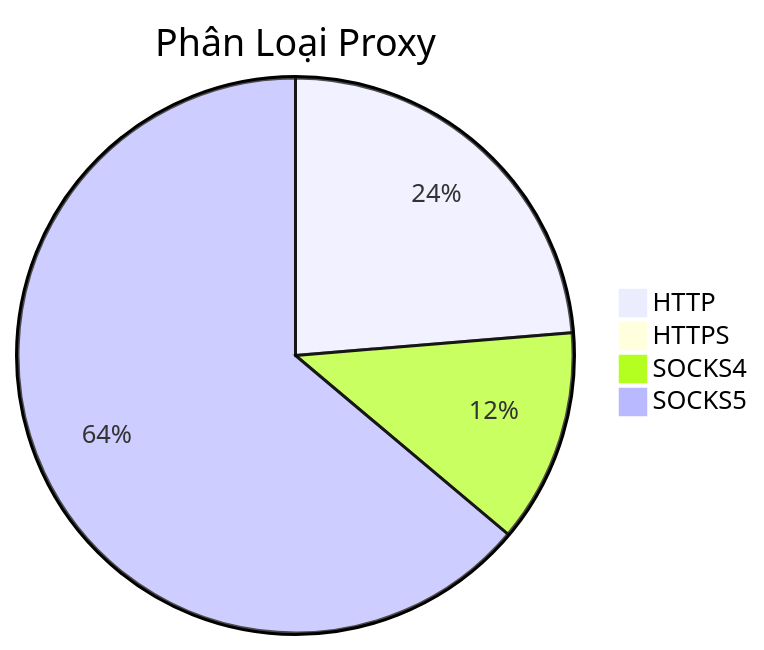
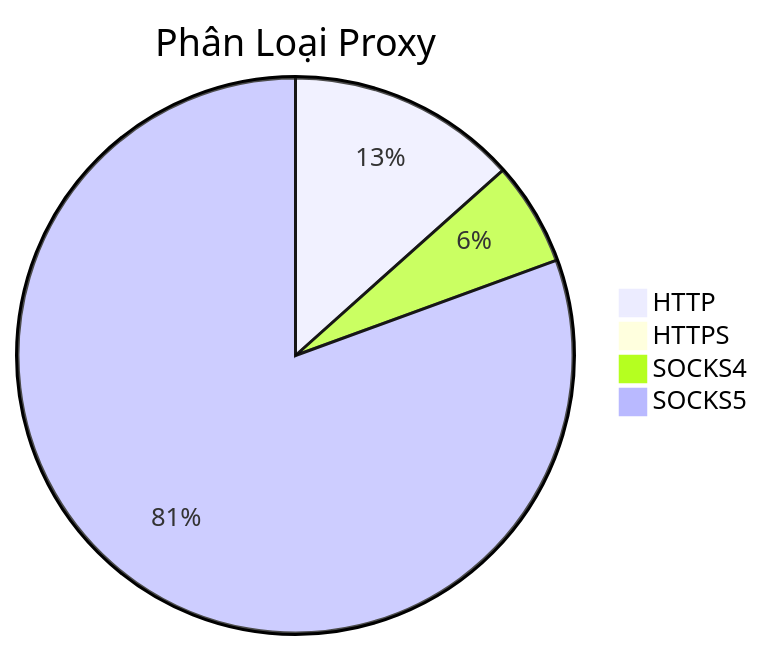
One commit to Ciara-Aa/PROXY-free changed the diagram in README.md. Above: the diagram before and after it, drawn with Mermaid. The commit also changed other lines of this file and 3 other files, not shown here.

````diff
--- a/README.md
+++ b/README.md
@@ -26,7 +26,7 @@
 ```mermaid
 pie title Phân Loại Proxy
-    "HTTP" : 438
+    "HTTP" : 468
     "HTTPS" : 0
-    "SOCKS4" : 230
-    "SOCKS5" : 1181
+    "SOCKS4" : 211
+    "SOCKS5" : 2815
 ```
````
